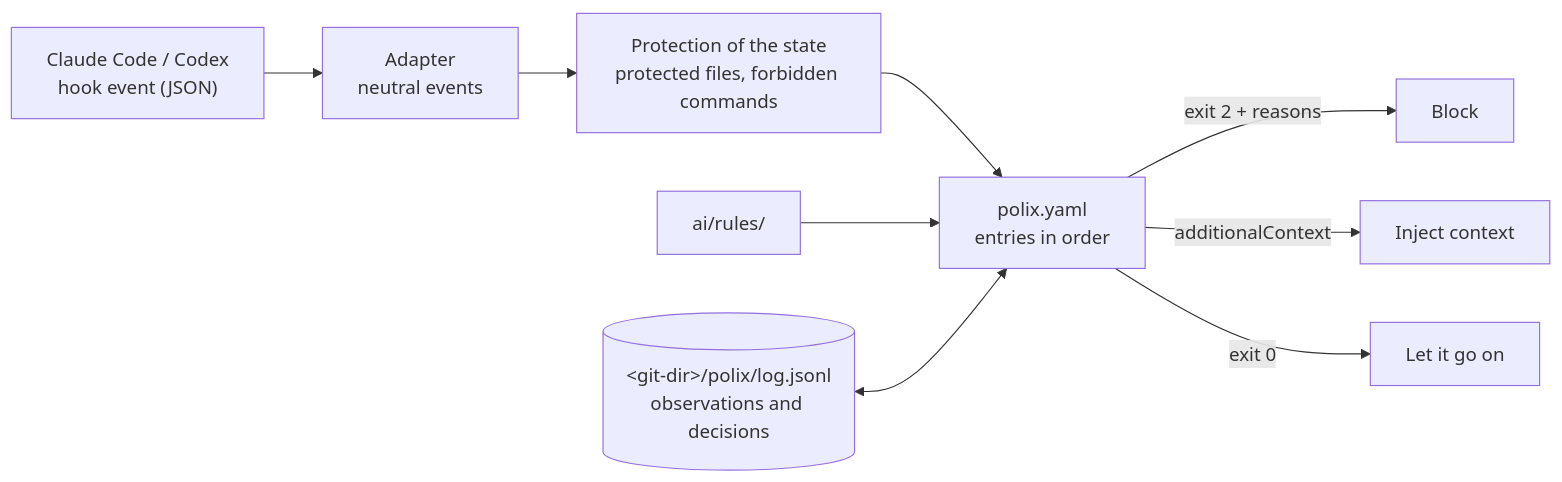
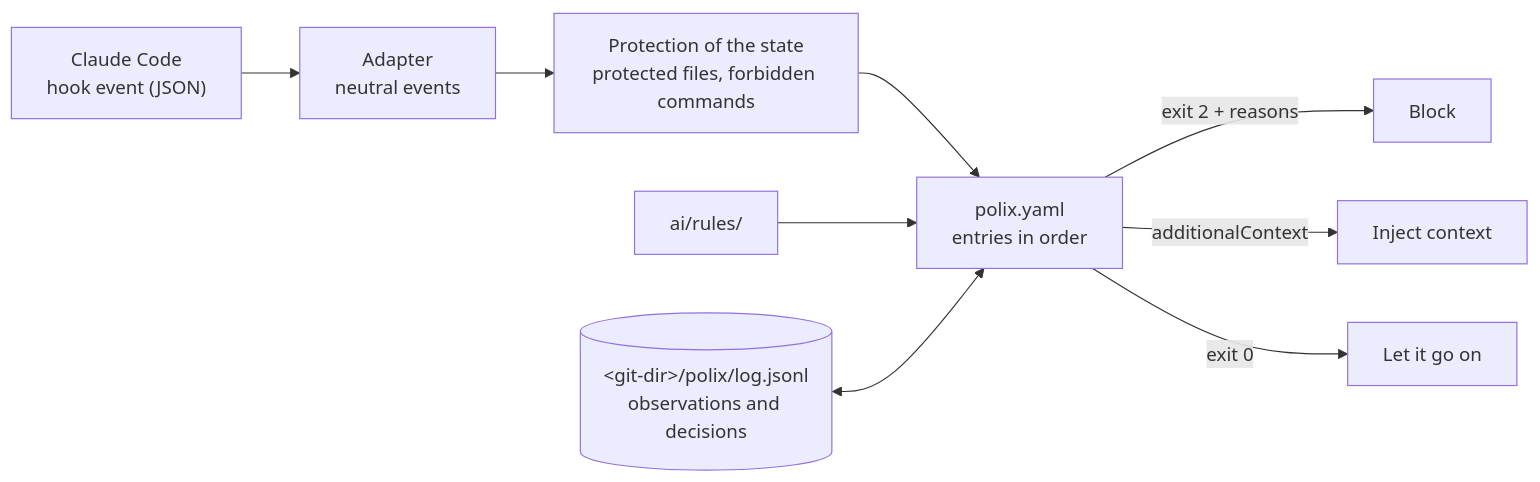
Before and after one commit to mlophez/polix-ai: the diagram in README.md, drawn with Mermaid. The commit also changed other lines of this file and 44 other files, not shown here.

````diff
--- a/README.md
+++ b/README.md
@@ -229,11 +248,11 @@
 ```mermaid
 flowchart LR
-  A["Claude Code / Codex<br/>hook event (JSON)"] --> B["Adapter<br/>neutral events"]
+  A["Claude Code<br/>hook event (JSON)"] --> B["Adapter<br/>neutral events"]
   B --> C["Protection of the state<br/>protected files, forbidden commands"]
   C --> D["polix.yaml<br/>entries in order"]
   R["ai/rules/"] --> D
   S[("&lt;git-dir&gt;/polix/log.jsonl<br/>observations and decisions")] <--> D
   D -->|exit 2 + reasons| X["Block"]
   D -->|additionalContext| Y["Inject context"]
   D -->|exit 0| Z["Let it go on"]
 ```
````
